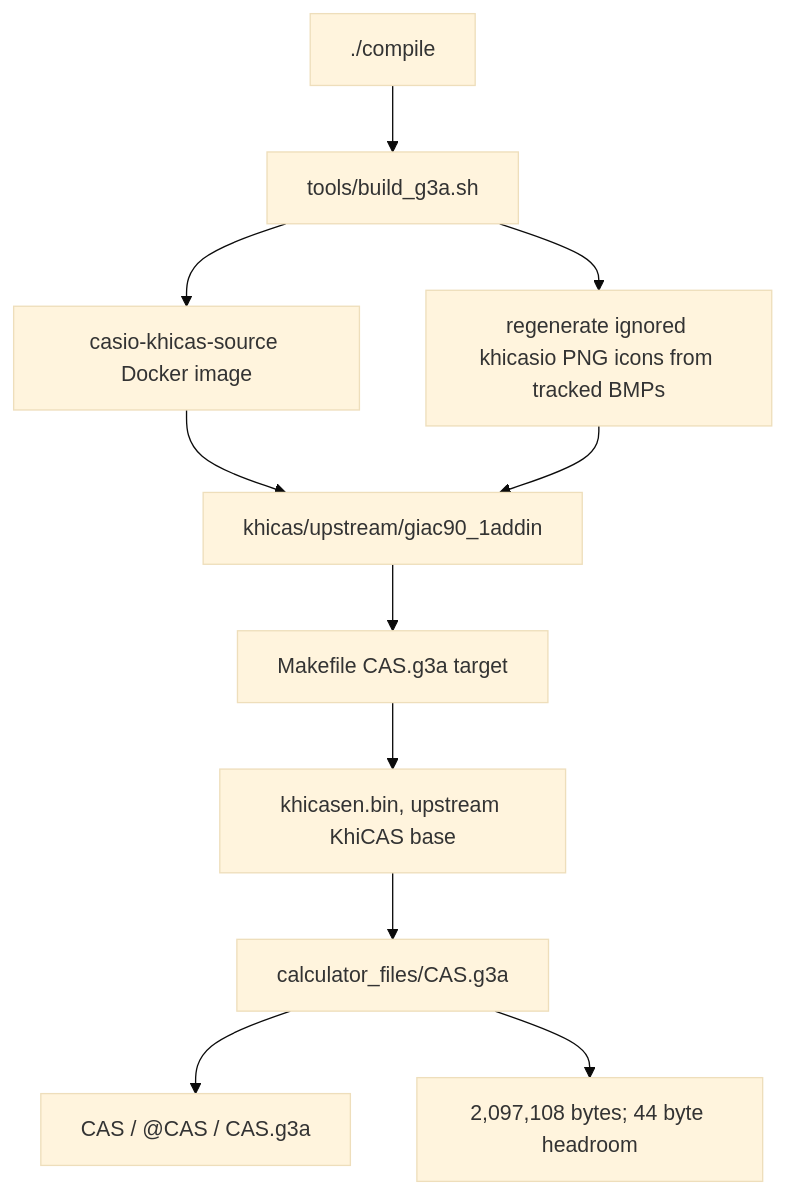
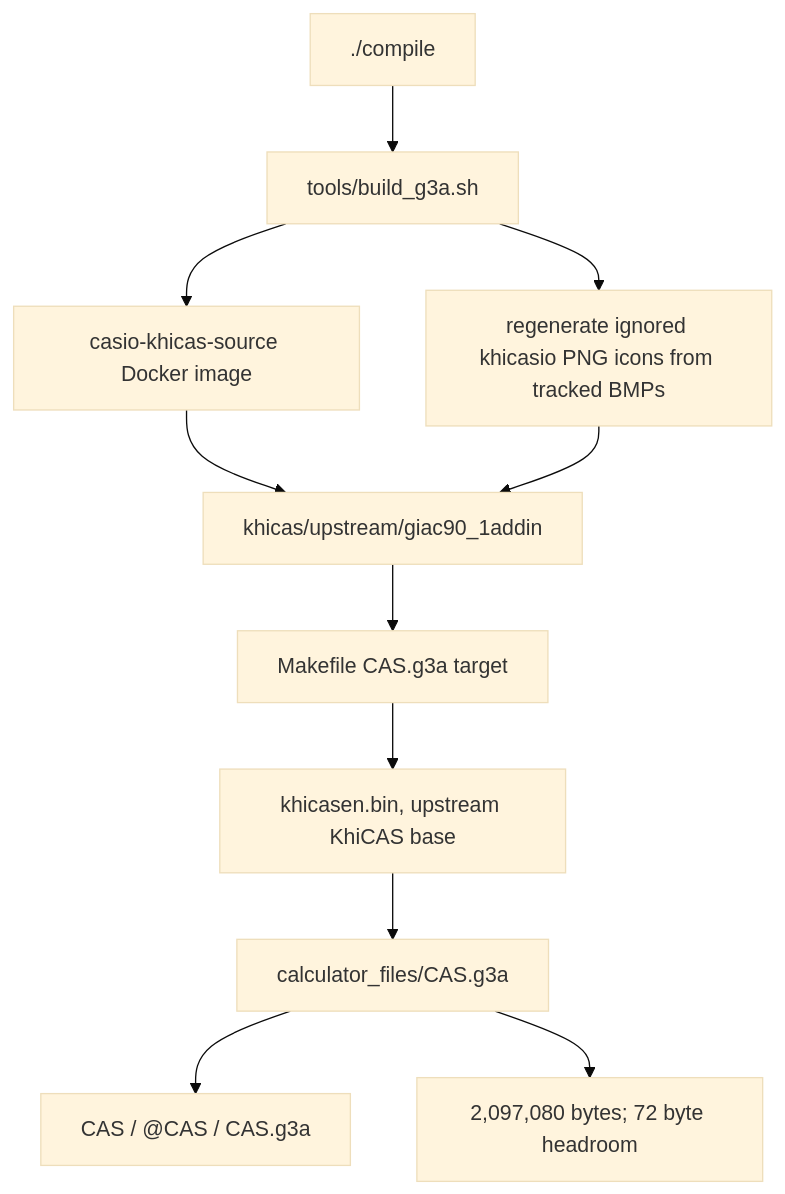
One commit to james8464/notes-addin-casio-fx-cg50 changed the first of 6 diagrams in docs/GRAPH.md. Above: the diagram before and after it, drawn with Mermaid (base theme). The commit also changed other lines of this file and 4 other files, not shown here.

````diff
--- a/docs/GRAPH.md
+++ b/docs/GRAPH.md
@@ -7,13 +7,13 @@
 ```mermaid
 graph TD
   Compile["./compile"] --> Build["tools/build_g3a.sh"]
   Build --> Docker["casio-khicas-source Docker image"]
   Docker --> Src["khicas/upstream/giac90_1addin"]
   Build --> Icons["regenerate ignored khicasio PNG icons from tracked BMPs"]
   Icons --> Src
   Src --> Make["Makefile CAS.g3a target"]
   Make --> Bin["khicasen.bin, upstream KhiCAS base"]
   Bin --> G3A["calculator_files/CAS.g3a"]
   G3A --> Meta["CAS / @CAS / CAS.g3a"]
-  G3A --> Size["2,097,108 bytes; 44 byte headroom"]
+  G3A --> Size["2,097,080 bytes; 72 byte headroom"]
 ```
````
